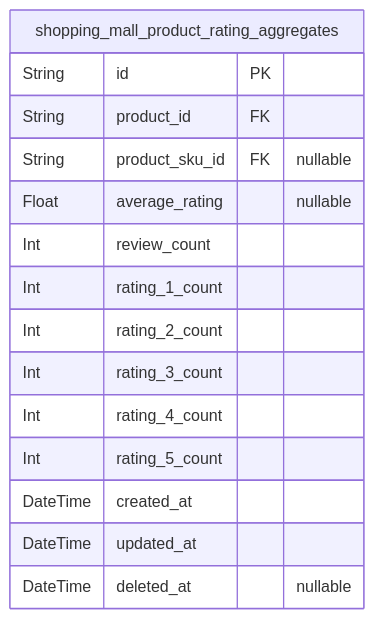
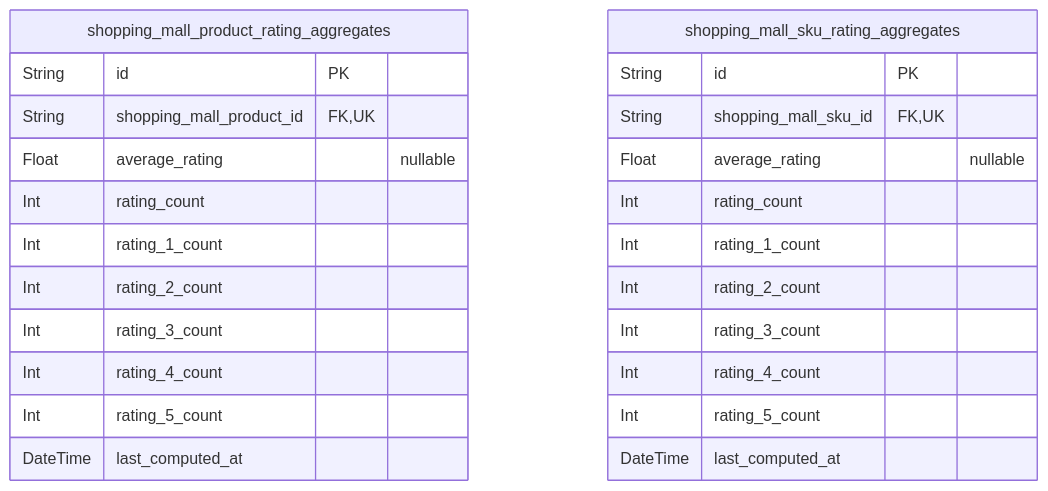
Before and after one commit to wrtnlabs/autobe-examples: diagram 12 of 12 in openai/gpt-5.1/shopping/docs/ERD.md, drawn with Mermaid. The commit also changed other lines of this file and 8017 other files, not shown here.

````diff
--- a/openai/gpt-5.1/shopping/docs/ERD.md
+++ b/openai/gpt-5.1/shopping/docs/ERD.md
@@ -5094,18 +6977,27 @@
 ```mermaid
 erDiagram
 "shopping_mall_product_rating_aggregates" {
   String id PK
-  String product_id FK
-  String product_sku_id FK "nullable"
+  String shopping_mall_product_id FK,UK
   Float average_rating "nullable"
-  Int review_count
+  Int rating_count
   Int rating_1_count
   Int rating_2_count
   Int rating_3_count
   Int rating_4_count
   Int rating_5_count
-  DateTime created_at
-  DateTime updated_at
-  DateTime deleted_at "nullable"
+  DateTime last_computed_at
+}
+"shopping_mall_sku_rating_aggregates" {
+  String id PK
+  String shopping_mall_sku_id FK,UK
+  Float average_rating "nullable"
+  Int rating_count
+  Int rating_1_count
+  Int rating_2_count
+  Int rating_3_count
+  Int rating_4_count
+  Int rating_5_count
+  DateTime last_computed_at
 }
 ```
````
